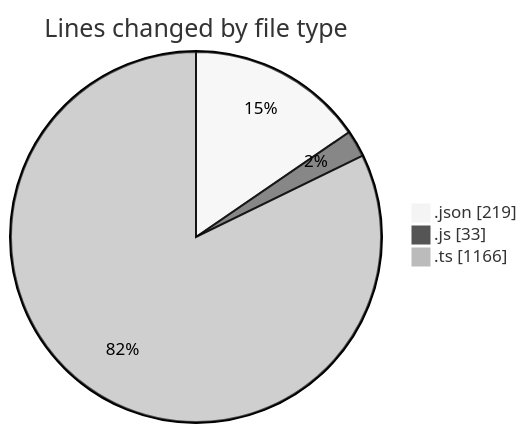
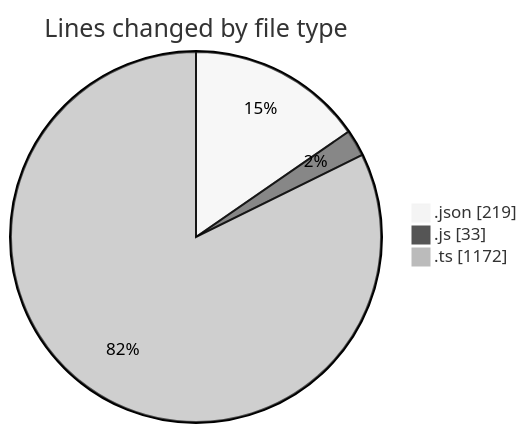
The first of 2 diagrams in 2026-05-27/cda/README.md (momahboobian/code-tracking), drawn with Mermaid (neutral theme) before and after one commit. The commit also changed other lines of this file and 1 other file, not shown here.

````diff
--- a/2026-05-27/cda/README.md
+++ b/2026-05-27/cda/README.md
@@ -27,7 +27,7 @@
 ```mermaid
 pie showData
 title Lines changed by file type
 ".json" : 219
 ".js" : 33
-".ts" : 1166
+".ts" : 1172
 ```
````
